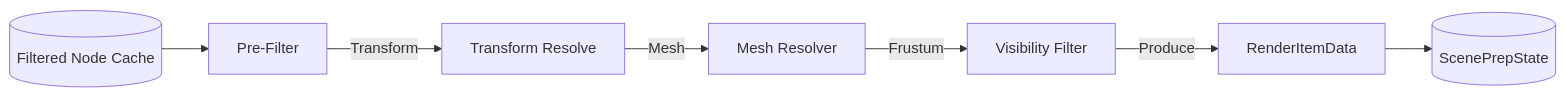
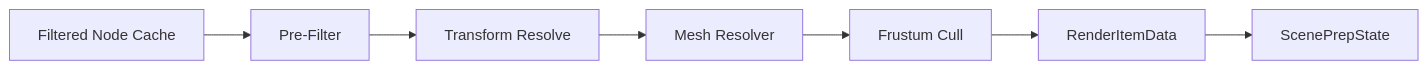
Before and after one commit to abdes/DroidNet: the third of 7 diagrams in projects/Oxygen.Engine/src/Oxygen/Renderer/Docs/passes/data_flow.md, drawn with Mermaid. The commit also changed other lines of this file and 1 other file, not shown here.

````diff
--- a/projects/Oxygen.Engine/src/Oxygen/Renderer/Docs/passes/data_flow.md
+++ b/projects/Oxygen.Engine/src/Oxygen/Renderer/Docs/passes/data_flow.md
@@ -120,10 +147,9 @@
 ```mermaid
-graph LR
-    Cache[(Filtered Node Cache)] --> PreFilter[Pre-Filter]
-    PreFilter --> |Transform| Resolve[Transform Resolve]
-    Resolve --> |Mesh| MeshRes[Mesh Resolver]
-    MeshRes --> |Frustum| VisCull[Visibility Filter]
-    VisCull --> |Produce| RenderItem[RenderItemData]
-
-    RenderItem --> State[(ScenePrepState)]
+flowchart LR
+    Cache[Filtered Node Cache] --> PreFilter[Pre-Filter]
+    PreFilter --> Transform[Transform Resolve]
+    Transform --> Mesh[Mesh Resolver]
+    Mesh --> Frustum[Frustum Cull]
+    Frustum --> Producer["RenderItemData"]
+    Producer --> State["ScenePrepState"]
 ```
````
